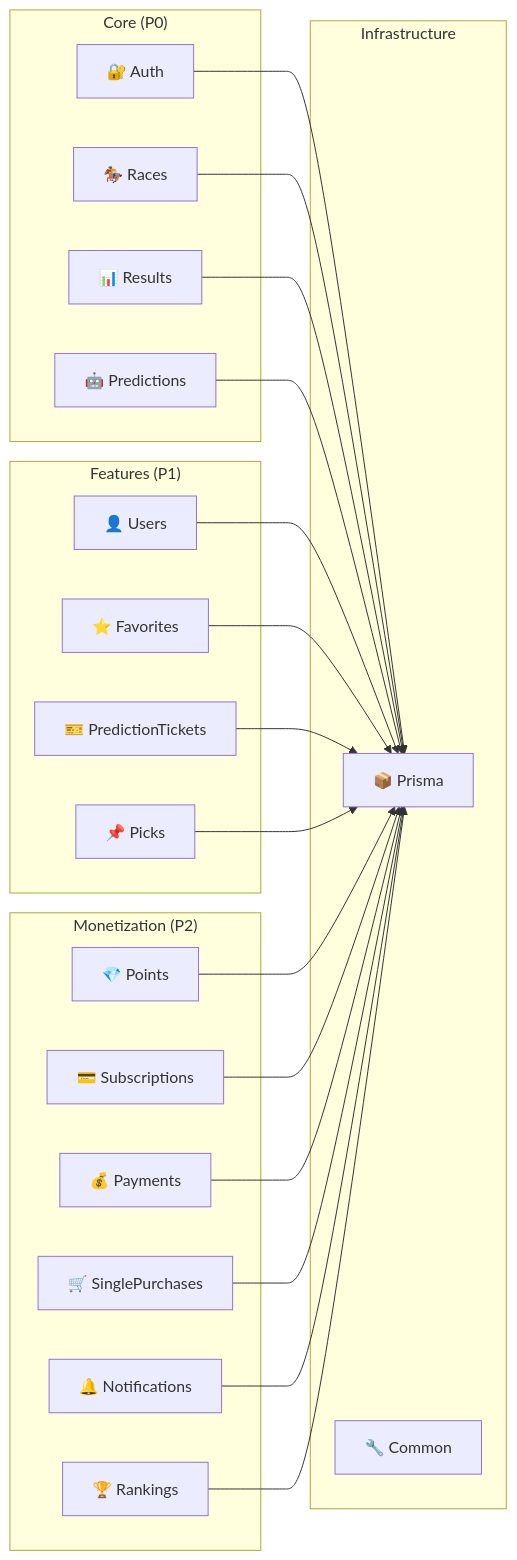
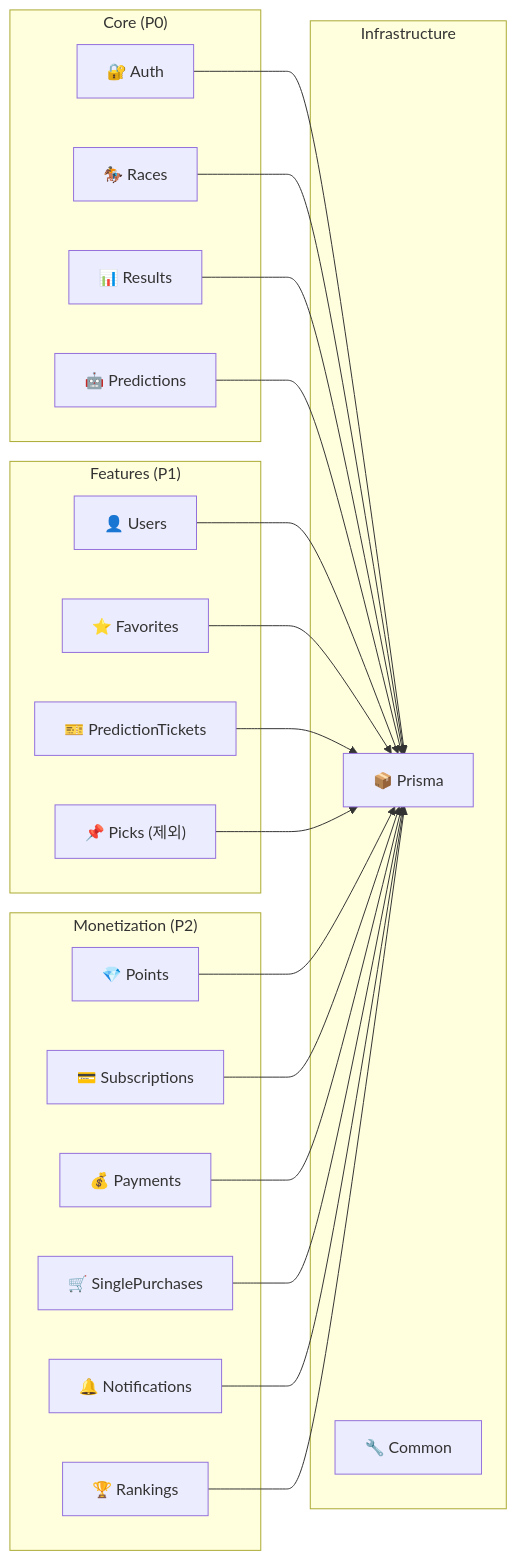
Before and after one commit to odds-center/oddscast: the second of 3 diagrams in docs/architecture/ARCHITECTURE.md, drawn with Mermaid. The commit also changed 44 other files, not shown here.

````diff
--- a/docs/architecture/ARCHITECTURE.md
+++ b/docs/architecture/ARCHITECTURE.md
@@ -72,45 +72,45 @@
 ```mermaid
 graph LR
     subgraph "Core (P0)"
         Auth["🔐 Auth"]
         Races["🏇 Races"]
         Results["📊 Results"]
         Predictions["🤖 Predictions"]
     end
 
     subgraph "Features (P1)"
         Users["👤 Users"]
         Favorites["⭐ Favorites"]
         Tickets["🎫 PredictionTickets"]
-        Picks["📌 Picks"]
+        Picks["📌 Picks (제외)"]
     end
 
     subgraph "Monetization (P2)"
         Points["💎 Points"]
         Subscriptions["💳 Subscriptions"]
         Payments["💰 Payments"]
         SinglePurchases["🛒 SinglePurchases"]
         Notifications["🔔 Notifications"]
         Rankings["🏆 Rankings"]
     end
 
     subgraph "Infrastructure"
         Prisma["📦 Prisma"]
         Common["🔧 Common"]
     end
 
     Auth --> Prisma
     Races --> Prisma
     Results --> Prisma
     Predictions --> Prisma
     Users --> Prisma
     Favorites --> Prisma
     Tickets --> Prisma
     Picks --> Prisma
     Points --> Prisma
     Subscriptions --> Prisma
     Payments --> Prisma
     SinglePurchases --> Prisma
     Notifications --> Prisma
     Rankings --> Prisma
 ```
````
